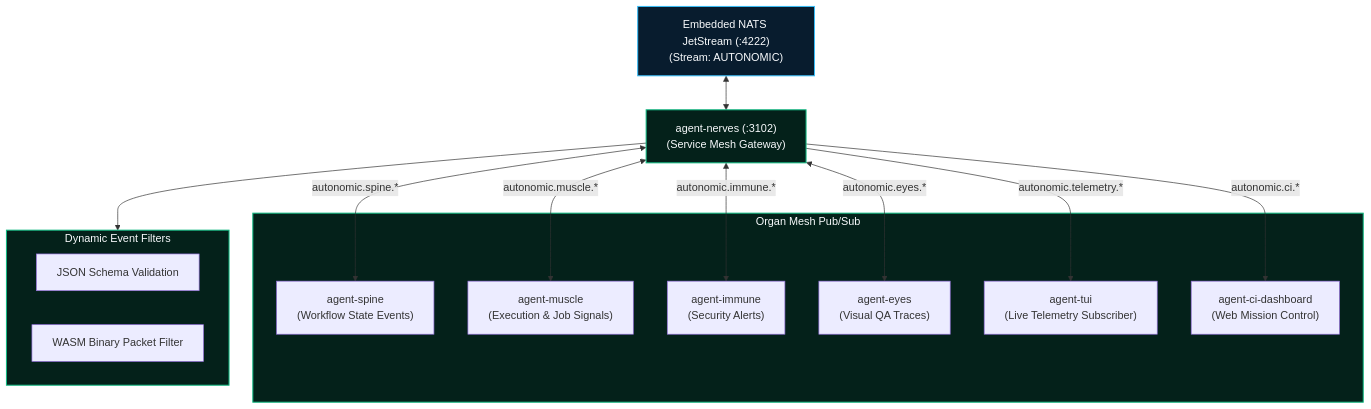
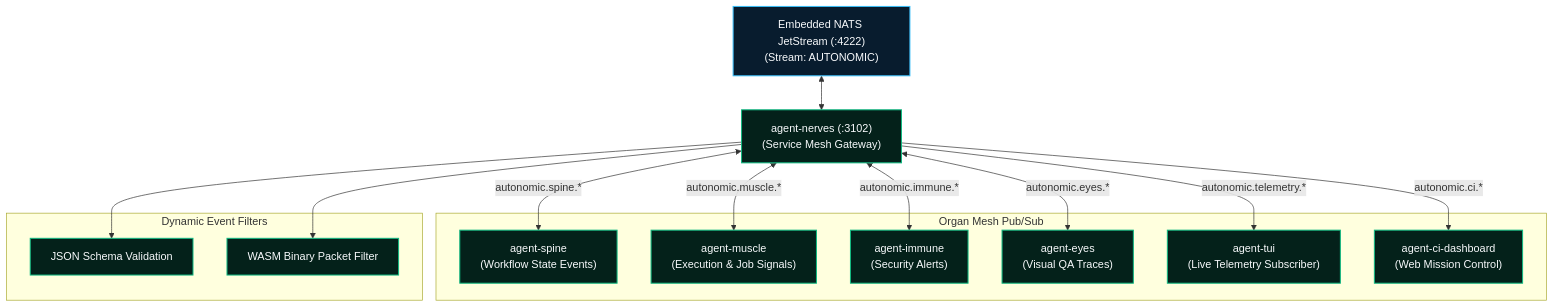
One commit to autonomic-ai-dev/website changed the diagram in src/routes/docs/event-bus/+page.md. Above: the diagram before and after it, drawn with Mermaid. The commit also changed 17 other files, not shown here.

Commit message:
fix(docs): resolve mermaid chart syntax, add organ utility usage docs & blogs

````diff
--- a/src/routes/docs/event-bus/+page.md
+++ b/src/routes/docs/event-bus/+page.md
@@ -9,35 +9,36 @@
 ```mermaid
 flowchart TD
     Broker["Embedded NATS JetStream (:4222)\n(Stream: AUTONOMIC)"]
     Nerves["agent-nerves (:3102)\n(Service Mesh Gateway)"]
     
     Broker <--> Nerves
 
     subgraph Organs["Organ Mesh Pub/Sub"]
         Spine["agent-spine\n(Workflow State Events)"]
         Muscle["agent-muscle\n(Execution & Job Signals)"]
         Immune["agent-immune\n(Security Alerts)"]
         Eyes["agent-eyes\n(Visual QA Traces)"]
         TUI["agent-tui\n(Live Telemetry Subscriber)"]
         CIDash["agent-ci-dashboard\n(Web Mission Control)"]
     end
 
     Nerves <-->|autonomic.spine.*| Spine
     Nerves <-->|autonomic.muscle.*| Muscle
     Nerves <-->|autonomic.immune.*| Immune
     Nerves <-->|autonomic.eyes.*| Eyes
     Nerves -->|autonomic.telemetry.*| TUI
     Nerves -->|autonomic.ci.*| CIDash
 
     subgraph Filtering["Dynamic Event Filters"]
         Rules["JSON Schema Validation"]
         WASM["WASM Binary Packet Filter"]
     end
 
-    Nerves --> Filtering
+    Nerves --> Rules
+    Nerves --> WASM
 
     classDef mesh fill:#04211a,stroke:#10b981,stroke-width:1.5px,color:#f8fafc;
     classDef broker fill:#081c2e,stroke:#38bdf8,stroke-width:1.5px,color:#f8fafc;
     class Broker broker;
-    class Nerves,Organs,Filtering mesh;
+    class Nerves,Spine,Muscle,Immune,Eyes,TUI,CIDash,Rules,WASM mesh;
 ```
````
